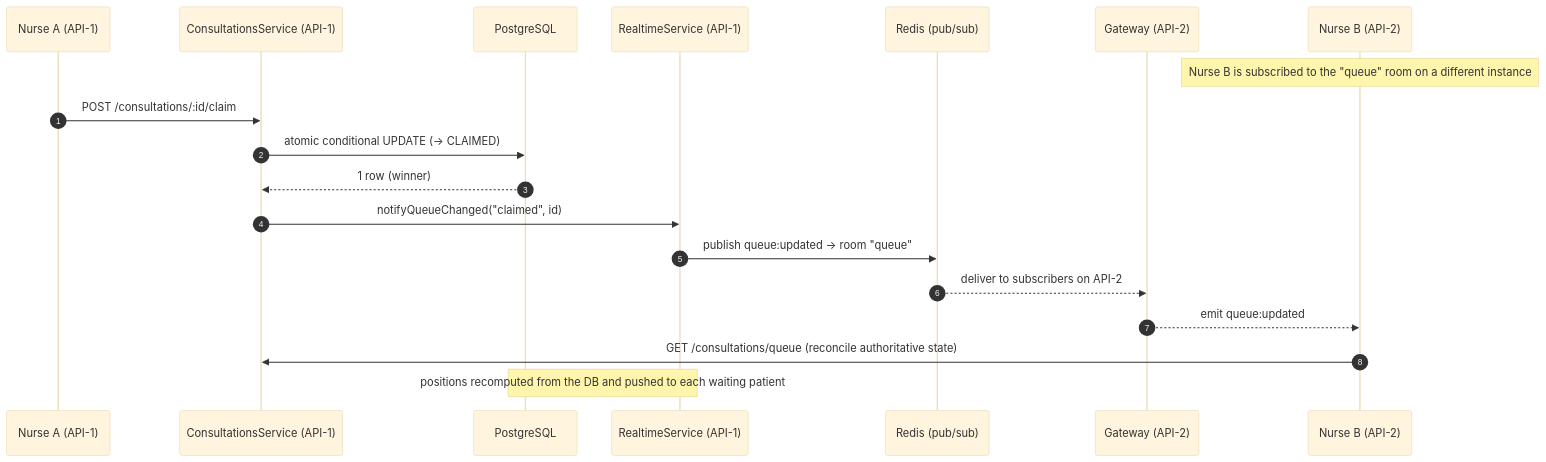
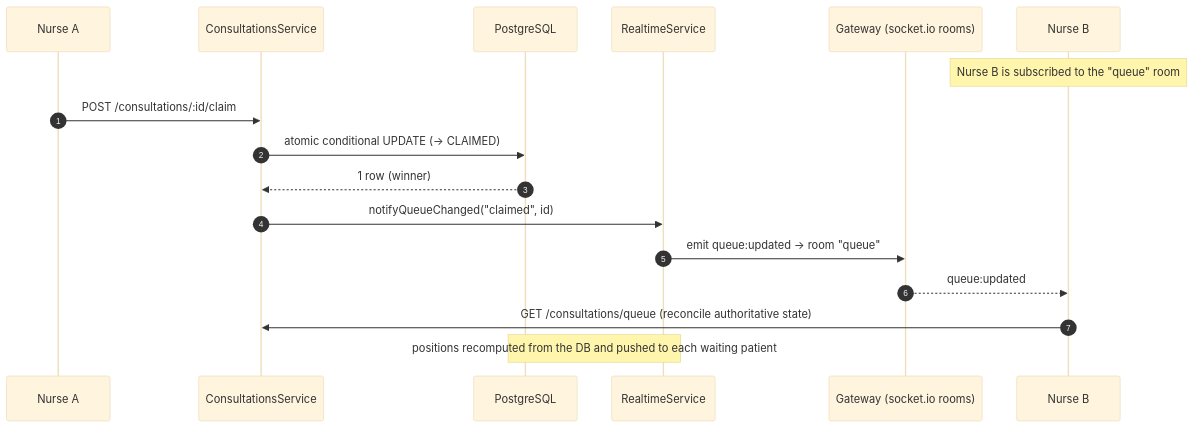
The ninth of 13 diagrams in docs/architecture.md (akritiupreti/virtual-consultation-platform), drawn with Mermaid (base theme) before and after one commit. The commit also changed other lines of this file and 193 other files, not shown here.

First line of the commit message:
refactor: simplify consultation workflow and fix data-model diagram

````diff
--- a/docs/architecture.md
+++ b/docs/architecture.md
@@ -376,22 +353,20 @@
 ```mermaid
 sequenceDiagram
     autonumber
-    participant N1 as Nurse A (API-1)
-    participant S as ConsultationsService (API-1)
+    participant N1 as Nurse A
+    participant S as ConsultationsService
     participant DB as PostgreSQL
-    participant RT as RealtimeService (API-1)
-    participant R as Redis (pub/sub)
-    participant G2 as Gateway (API-2)
-    participant N2 as Nurse B (API-2)
+    participant RT as RealtimeService
+    participant G as Gateway (socket.io rooms)
+    participant N2 as Nurse B
 
-    Note over N2: Nurse B is subscribed to the "queue" room on a different instance
+    Note over N2: Nurse B is subscribed to the "queue" room
     N1->>S: POST /consultations/:id/claim
     S->>DB: atomic conditional UPDATE (→ CLAIMED)
     DB-->>S: 1 row (winner)
     S->>RT: notifyQueueChanged("claimed", id)
-    RT->>R: publish queue:updated → room "queue"
-    R-->>G2: deliver to subscribers on API-2
-    G2-->>N2: emit queue:updated
+    RT->>G: emit queue:updated → room "queue"
+    G-->>N2: queue:updated
     N2->>S: GET /consultations/queue (reconcile authoritative state)
     Note over RT,DB: positions recomputed from the DB and pushed to each waiting patient
 ```
````
